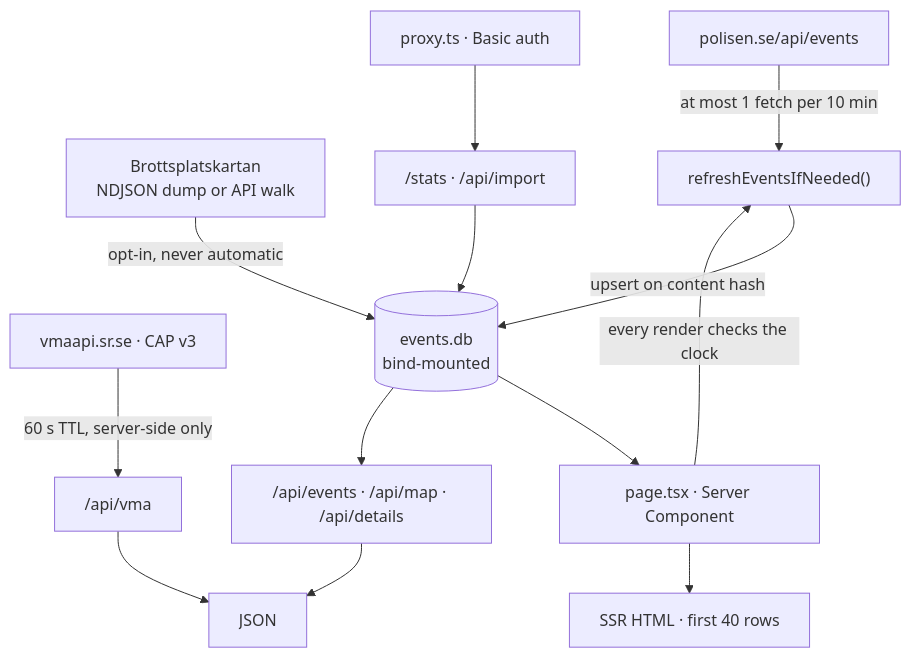
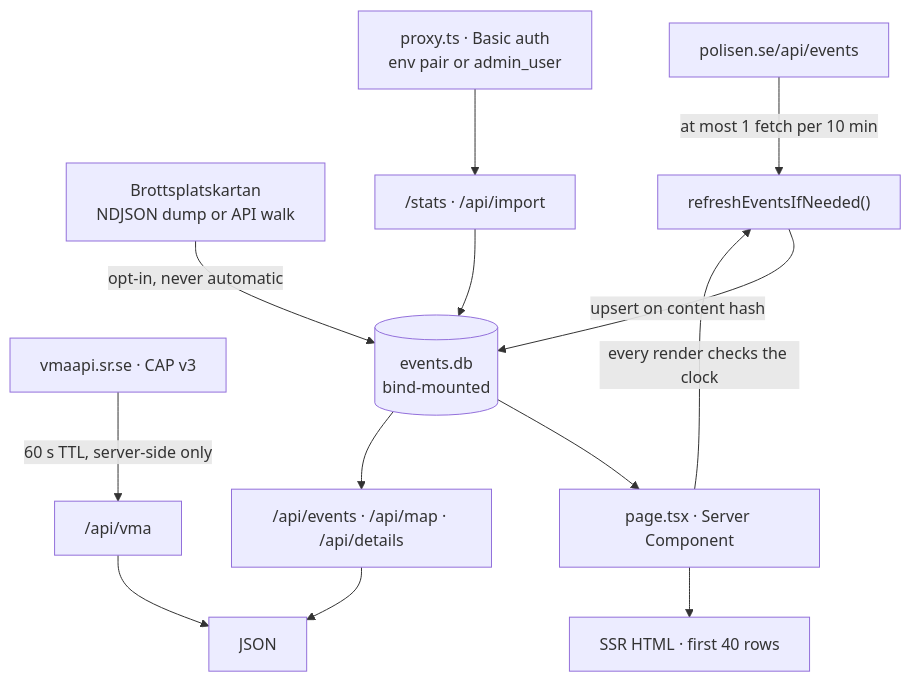
One commit to whoopsi-daisy/samband changed the first of 4 diagrams in README.md. Above: the diagram before and after it, drawn with Mermaid. The commit also changed other lines of this file and 19 other files, not shown here.

````diff
--- a/README.md
+++ b/README.md
@@ -27,29 +27,29 @@
 ```mermaid
 flowchart TB
     POL["polisen.se/api/events"]
     BPK["Brottsplatskartan<br/>NDJSON dump or API walk"]
     SR["vmaapi.sr.se · CAP v3"]
 
     REFRESH["refreshEventsIfNeeded()"]
     DB[("events.db<br/>bind-mounted")]
     RSC["page.tsx · Server Component"]
     API["/api/events · /api/map · /api/details"]
     VMA["/api/vma"]
-    GATE["proxy.ts · Basic auth"]
+    GATE["proxy.ts · Basic auth<br/>env pair or admin_user"]
     OPS["/stats · /api/import"]
 
     POL -->|"at most 1 fetch per 10 min"| REFRESH
     REFRESH -->|"upsert on content hash"| DB
     BPK -->|"opt-in, never automatic"| DB
     SR -->|"60 s TTL, server-side only"| VMA
 
     RSC -->|"every render checks the clock"| REFRESH
     DB --> RSC
     DB --> API
     RSC --> HTML["SSR HTML · first 40 rows"]
     API --> JSON["JSON"]
     VMA --> JSON
 
     GATE --> OPS
     OPS --> DB
 ```
````
